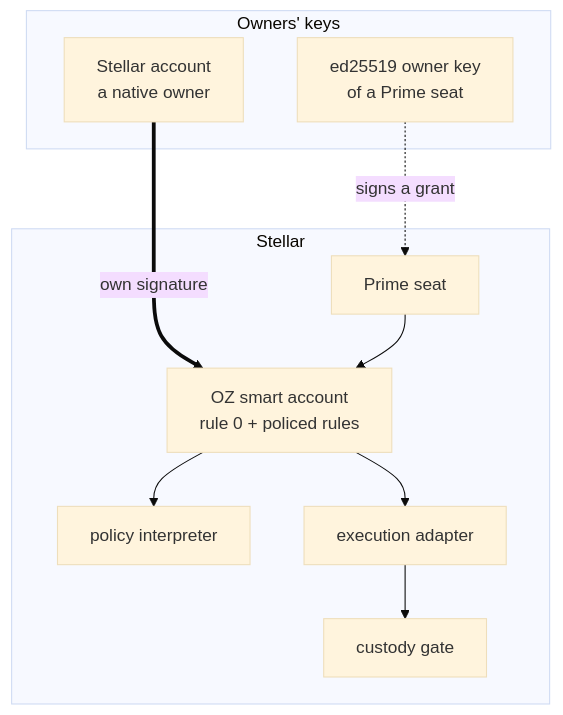
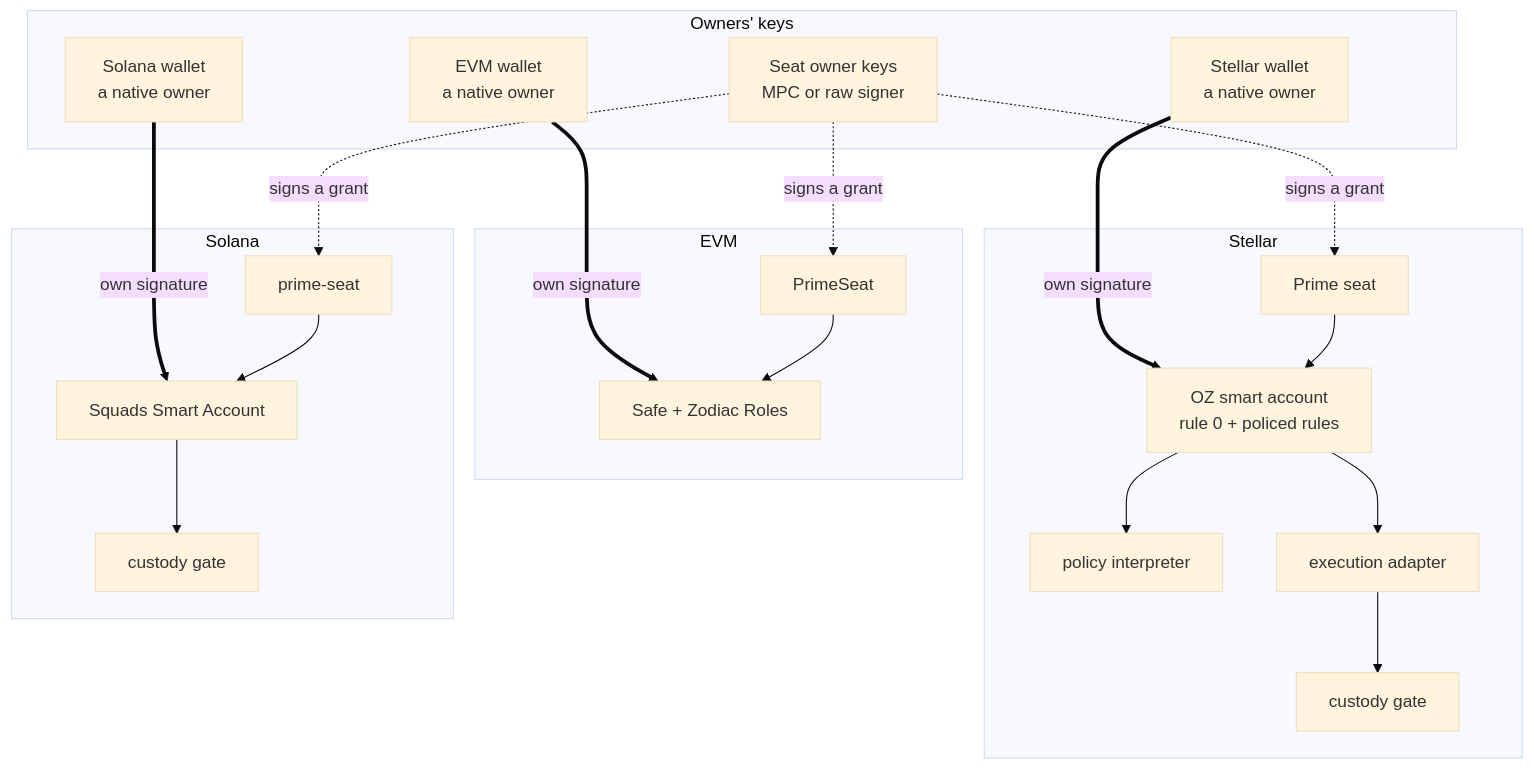
One commit to untangledfinance/oz-policy-builder changed the fourth of 6 diagrams in docs/architecture.md. Above: the diagram before and after it, drawn with Mermaid (base theme). The commit also changed other lines of this file and 7 other files, not shown here.

First line of the commit message:
docs: cover EVM and Solana alongside Stellar

````diff
--- a/docs/architecture.md
+++ b/docs/architecture.md
@@ -110,19 +117,35 @@
 ```mermaid
 flowchart TB
   subgraph W["Owners' keys"]
-    FR["Stellar account<br/>a native owner"]
-    OK["ed25519 owner key<br/>of a Prime seat"]
+    FR["Stellar wallet<br/>a native owner"]
+    MM["EVM wallet<br/>a native owner"]
+    PH["Solana wallet<br/>a native owner"]
+    OK["Seat owner keys<br/>MPC or raw signer"]
   end
   subgraph XLM["Stellar"]
     OZ["OZ smart account<br/>rule 0 + policed rules"]
     SS["Prime seat"]
     INT["policy interpreter"]
     AD["execution adapter"]
     G1["custody gate"]
   end
+  subgraph EVM["EVM"]
+    SAFE["Safe + Zodiac Roles"]
+    PS["PrimeSeat"]
+  end
+  subgraph SOL["Solana"]
+    SQ["Squads Smart Account"]
+    SP["prime-seat"]
+    G2["custody gate"]
+  end
   FR == "own signature" ==> OZ
-  OK -. "signs a grant" .-> SS
+  MM == "own signature" ==> SAFE
+  PH == "own signature" ==> SQ
+  OK -. "signs a grant" .-> SS & PS & SP
   SS --> OZ
+  PS --> SAFE
+  SP --> SQ
   OZ --> INT
   OZ --> AD --> G1
+  SQ --> G2
 ```
````
